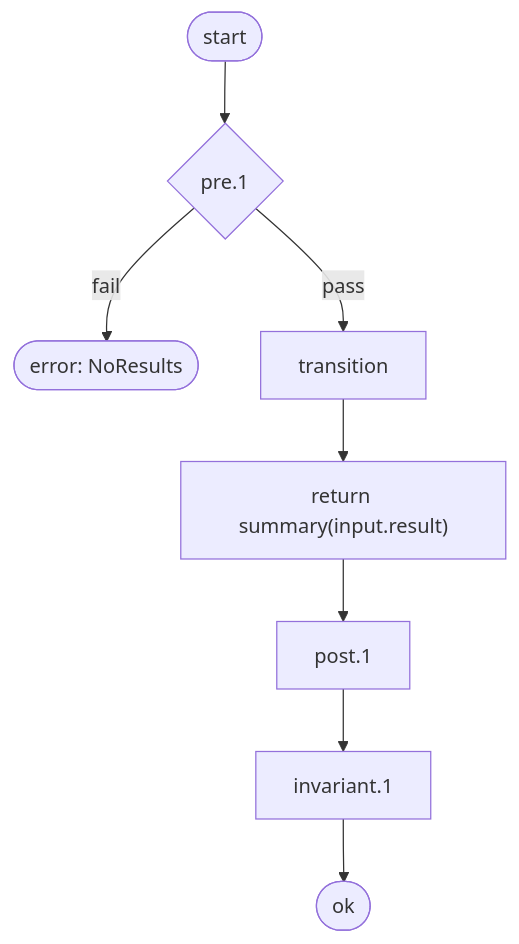
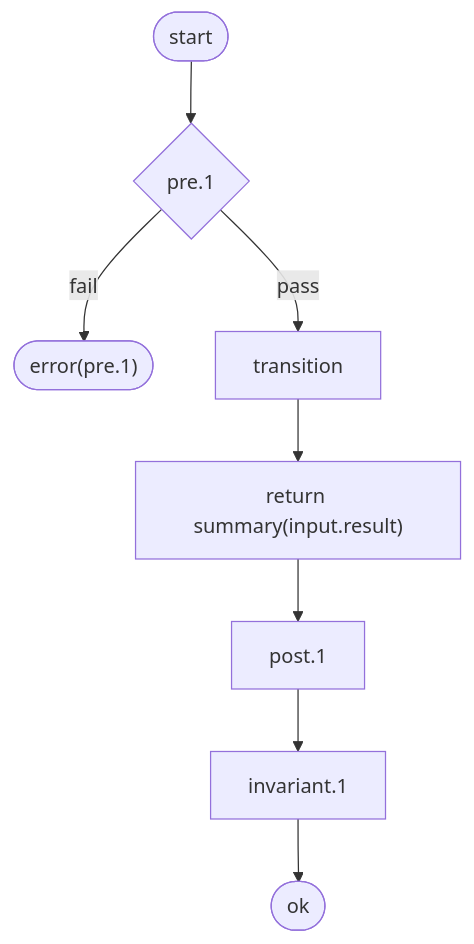
One commit to fyuuki0jp/seizu changed diagram 13 of 13 in packages/kata-cli/docs/contracts.md. Above: the diagram before and after it, drawn with Mermaid. The commit also changed other lines of this file and 78 other files, not shown here.

````diff
--- a/packages/kata-cli/docs/contracts.md
+++ b/packages/kata-cli/docs/contracts.md
@@ -1026,18 +1026,18 @@
 ```mermaid
 flowchart TD
   n1(["start"])
   n2(["ok"])
   n3{"pre.1"}
-  n4(["error: NoResults"])
+  n4(["error(pre.1)"])
   n5["transition"]
   n6["return summary(input.result)"]
   n7["post.1"]
   n8["invariant.1"]
   n1 --> n3
   n3 -->|fail| n4
   n3 -->|pass| n5
   n5 --> n6
   n6 --> n7
   n7 --> n8
   n8 --> n2
 ```
````
